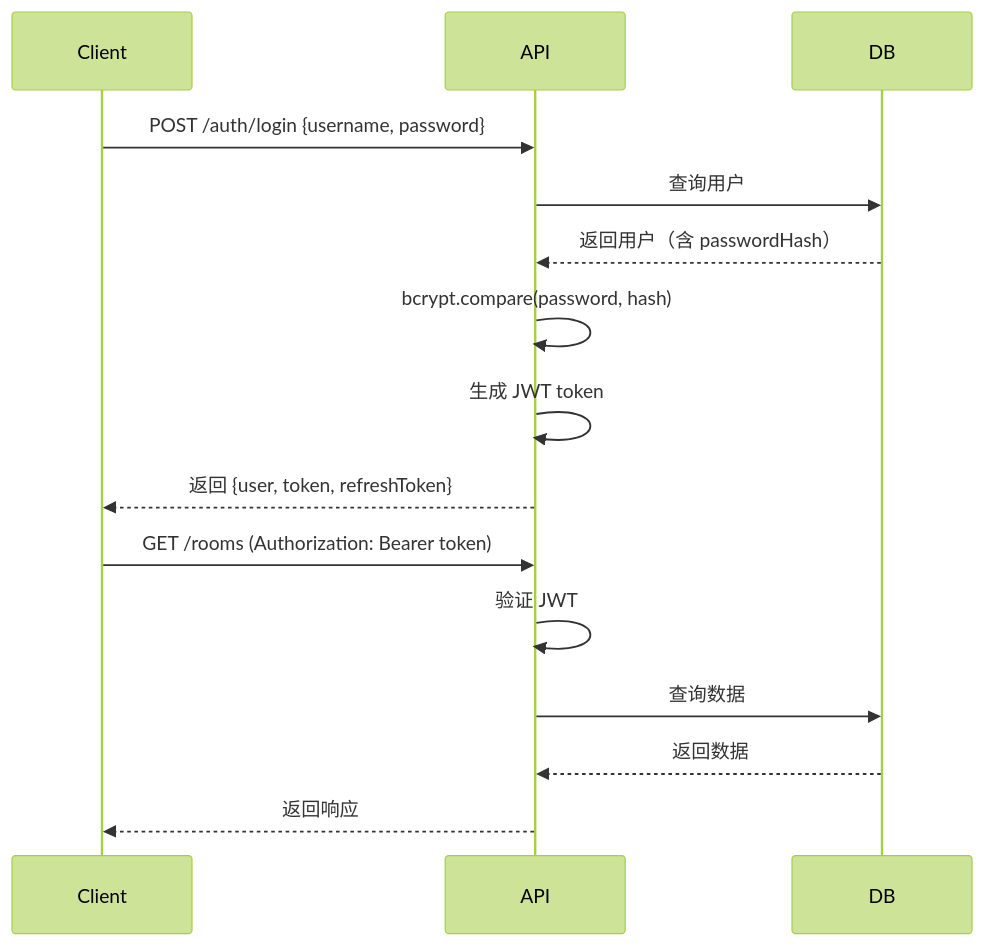
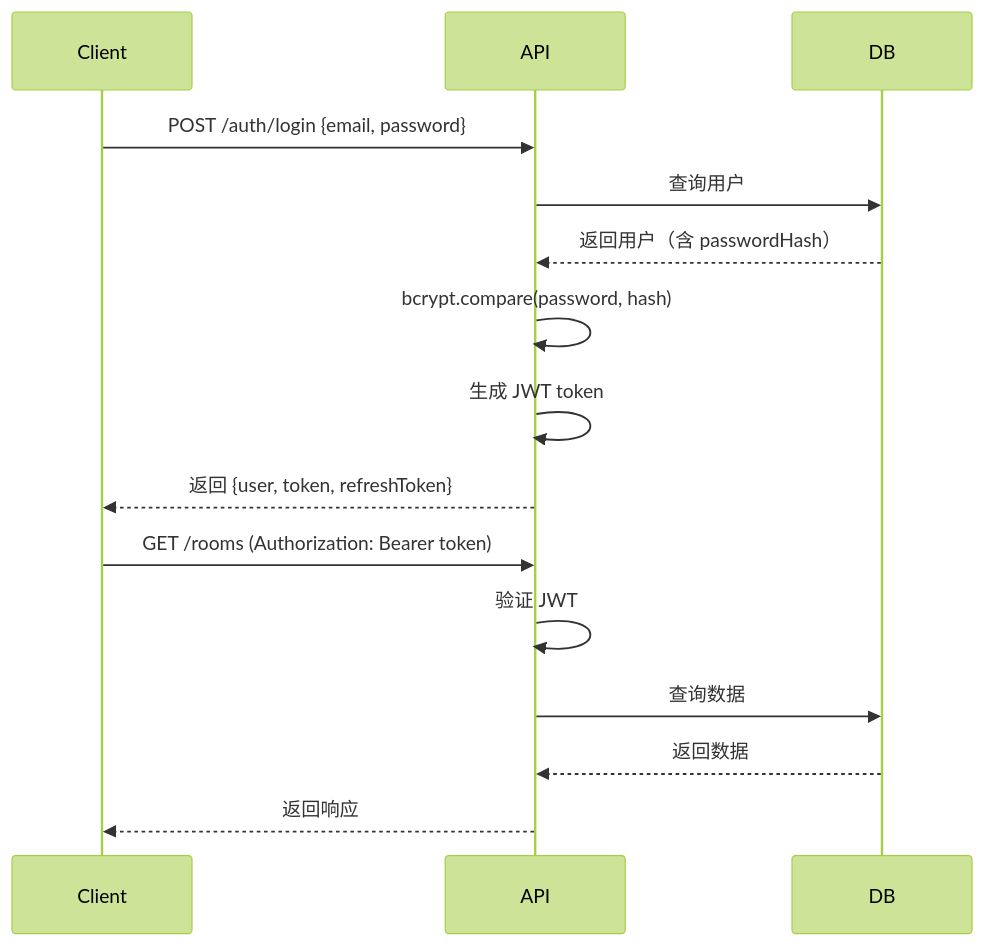
One commit to smithrichardlvzzw4489-ops/ClawLive changed the sixth of 6 diagrams in docs/ARCHITECTURE.md. Above: the diagram before and after it, drawn with Mermaid (forest theme). The commit also changed 8 other files, not shown here.

First line of the commit message:
feat(auth): login with email instead of username

````diff
--- a/docs/ARCHITECTURE.md
+++ b/docs/ARCHITECTURE.md
@@ -255,19 +255,19 @@
 ```mermaid
 sequenceDiagram
     participant Client
     participant API
     participant DB
     
-    Client->>API: POST /auth/login {username, password}
+    Client->>API: POST /auth/login {email, password}
     API->>DB: 查询用户
     DB-->>API: 返回用户（含 passwordHash）
     API->>API: bcrypt.compare(password, hash)
     API->>API: 生成 JWT token
     API-->>Client: 返回 {user, token, refreshToken}
     
     Client->>API: GET /rooms (Authorization: Bearer token)
     API->>API: 验证 JWT
     API->>DB: 查询数据
     DB-->>API: 返回数据
     API-->>Client: 返回响应
 ```
````
